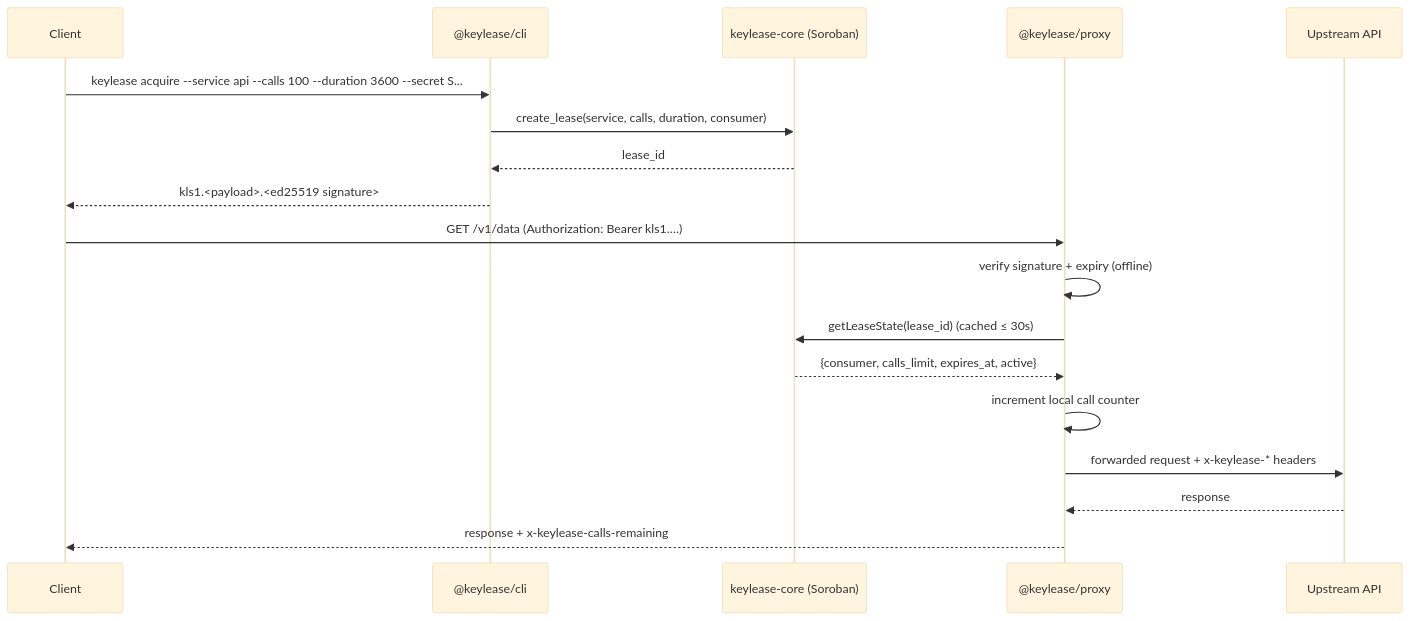
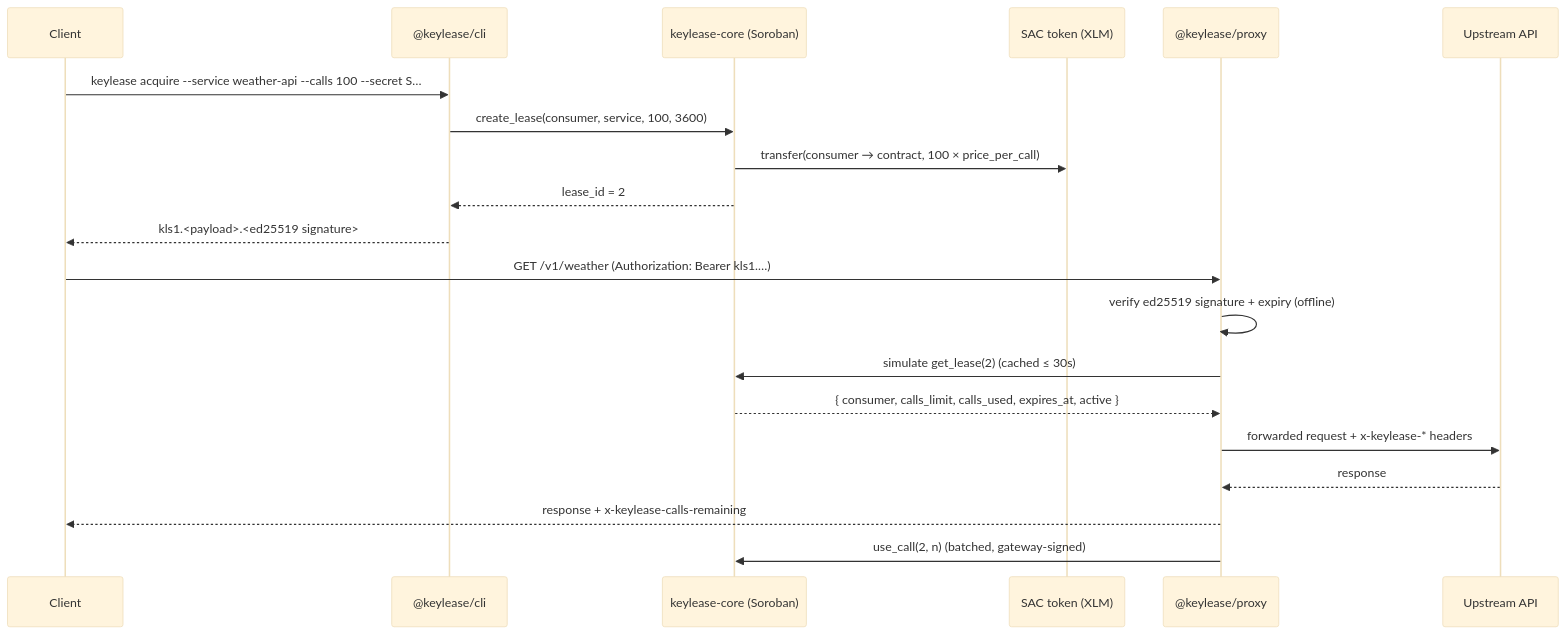
One commit to KeyLease-Security/keylease-gateway changed the diagram in README.md. Above: the diagram before and after it, drawn with Mermaid (base theme). The commit also changed other lines of this file and 29 other files, not shown here.

First line of the commit message:
feat: make keylease-core an escrowed Soroban contract in this repo

````diff
--- a/README.md
+++ b/README.md
@@ -63,22 +72,24 @@
 ```mermaid
 sequenceDiagram
     participant C as Client
     participant CLI as @keylease/cli
     participant X as keylease-core (Soroban)
+    participant T as SAC token (XLM)
     participant P as @keylease/proxy
     participant U as Upstream API
 
-    C->>CLI: keylease acquire --service api --calls 100 --duration 3600 --secret S...
-    CLI->>X: create_lease(service, calls, duration, consumer)
-    X-->>CLI: lease_id
+    C->>CLI: keylease acquire --service weather-api --calls 100 --secret S…
+    CLI->>X: create_lease(consumer, service, 100, 3600)
+    X->>T: transfer(consumer → contract, 100 × price_per_call)
+    X-->>CLI: lease_id = 2
     CLI-->>C: kls1.<payload>.<ed25519 signature>
 
-    C->>P: GET /v1/data (Authorization: Bearer kls1.…)
-    P->>P: verify signature + expiry (offline)
-    P->>X: getLeaseState(lease_id)  (cached ≤ 30s)
-    X-->>P: {consumer, calls_limit, expires_at, active}
-    P->>P: increment local call counter
+    C->>P: GET /v1/weather (Authorization: Bearer kls1.…)
+    P->>P: verify ed25519 signature + expiry (offline)
+    P->>X: simulate get_lease(2)  (cached ≤ 30s)
+    X-->>P: { consumer, calls_limit, calls_used, expires_at, active }
     P->>U: forwarded request + x-keylease-* headers
     U-->>P: response
     P-->>C: response + x-keylease-calls-remaining
+    P->>X: use_call(2, n)   (batched, gateway-signed)
 ```
````
